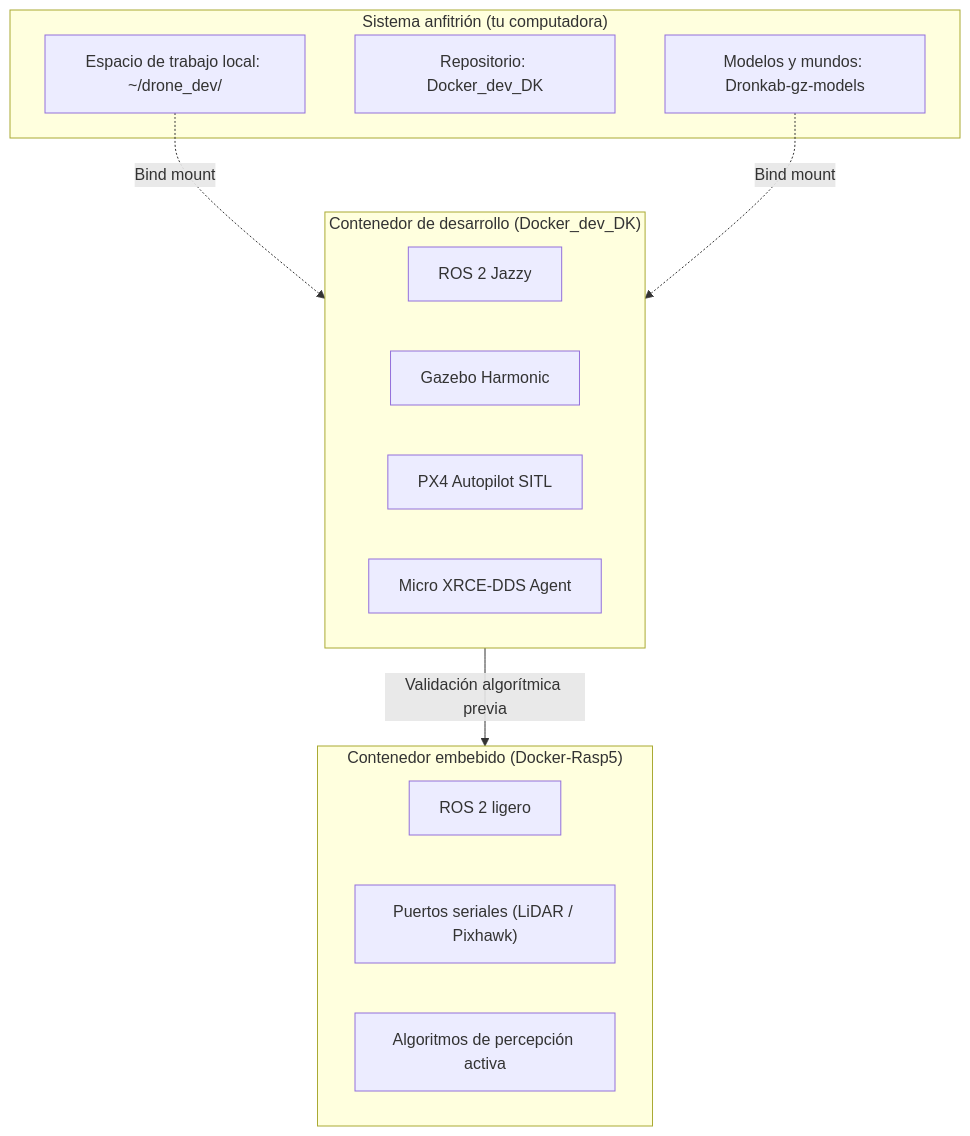
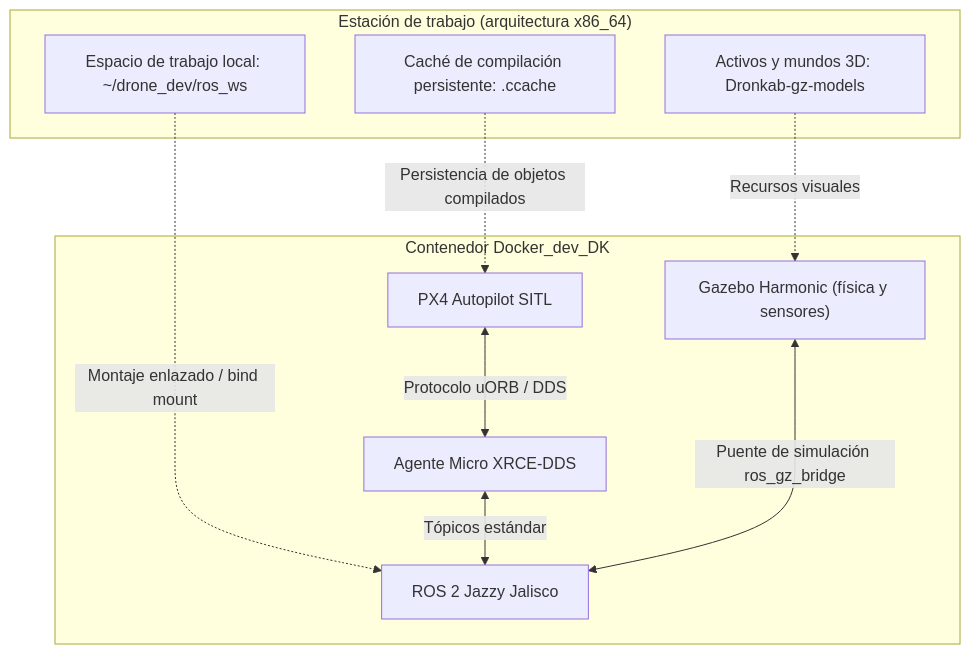
Before and after one commit to Dronkab-UNAQ/dronkab-docs: the diagram in docs/onboarding/docker/entorno_docker_dev.md, drawn with Mermaid. The commit also changed other lines of this file, not shown here.

First line of the commit message:
feat(docs): revise entorno_docker_dev.md for clarity and updates

````diff
--- a/docs/onboarding/docker/entorno_docker_dev.md
+++ b/docs/onboarding/docker/entorno_docker_dev.md
@@ -7,25 +7,22 @@
 ```mermaid
 graph TD
-    subgraph Host["Sistema anfitrión (tu computadora)"]
-        WS["Espacio de trabajo local: ~/drone_dev/"]
-        DK_DEV["Repositorio: Docker_dev_DK"]
-        GZ_MOD["Modelos y mundos: Dronkab-gz-models"]
+    subgraph Estacion["Estación de trabajo (arquitectura x86_64)"]
+        WS["Espacio de trabajo local: ~/drone_dev/ros_ws"]
+        CC["Caché de compilación persistente: .ccache"]
+        Modelos["Activos y mundos 3D: Dronkab-gz-models"]
     end
 
-    subgraph SimContainer["Contenedor de desarrollo (Docker_dev_DK)"]
-        ROS["ROS 2 Jazzy"]
-        GZ["Gazebo Harmonic"]
+    subgraph Contenedor["Contenedor Docker_dev_DK"]
         PX4["PX4 Autopilot SITL"]
-        XRCE["Micro XRCE-DDS Agent"]
+        GZ["Gazebo Harmonic (física y sensores)"]
+        ROS["ROS 2 Jazzy Jalisco"]
+        DDS["Agente Micro XRCE-DDS"]
     end
 
-    subgraph CompanionContainer["Contenedor embebido (Docker-Rasp5)"]
-        ROS_PI["ROS 2 ligero"]
-        UART["Puertos seriales (LiDAR / Pixhawk)"]
-        PERCEP["Algoritmos de percepción activa"]
-    end
-
-    WS -.->|Bind mount| SimContainer
-    GZ_MOD -.->|Bind mount| SimContainer
-    SimContainer -->|Validación algorítmica previa| CompanionContainer
+    WS -.->|Montaje enlazado / bind mount| ROS
+    CC -.->|Persistencia de objetos compilados| PX4
+    Modelos -.->|Recursos visuales| GZ
+    PX4 <-->|Protocolo uORB / DDS| DDS
+    DDS <-->|Tópicos estándar| ROS
+    GZ <-->|Puente de simulación ros_gz_bridge| ROS
 ```
````
